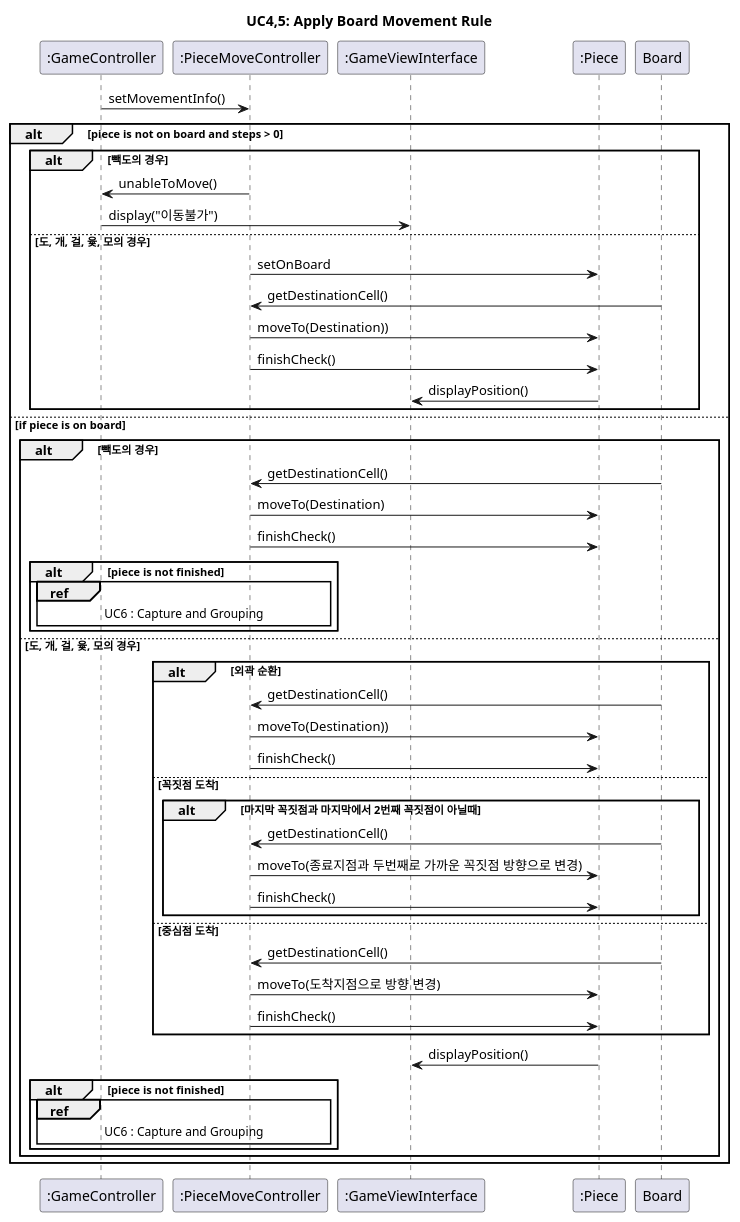
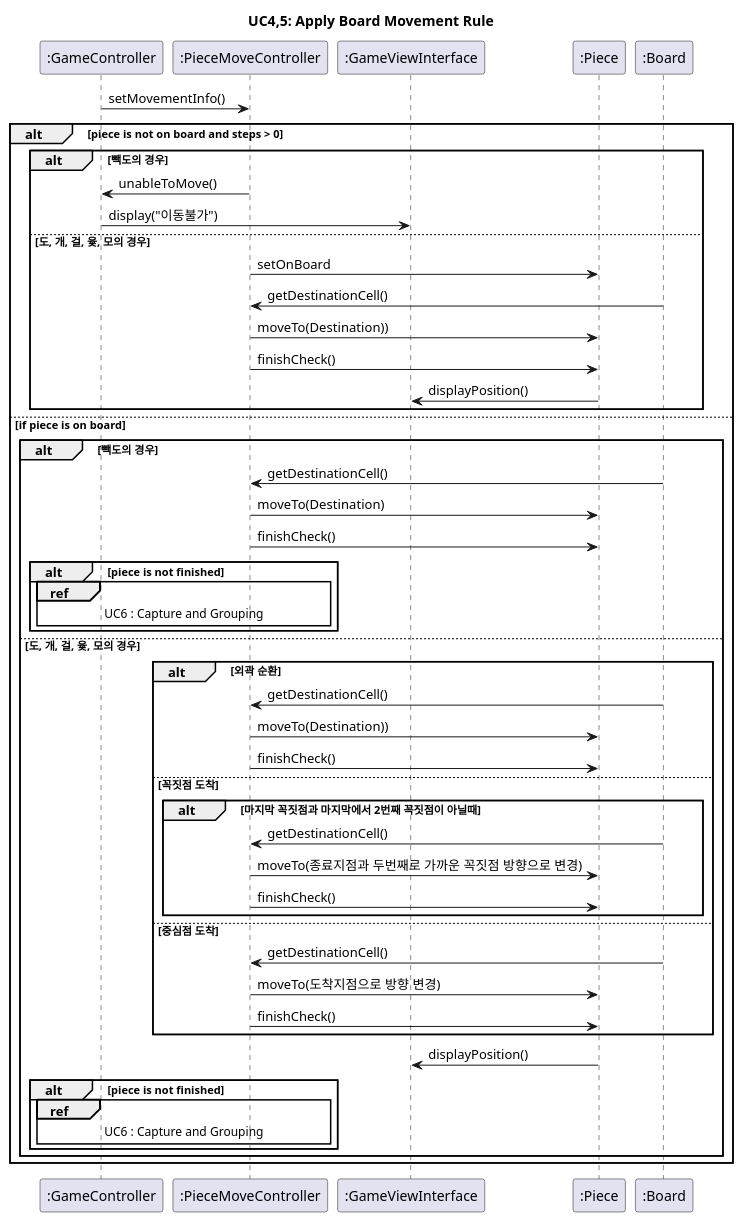
The diagram in UC4,5.puml (jack0928/SE-Term-Project-2025), drawn with PlantUML before and after one commit. The commit also changed 1 other file, not shown here.

```diff
--- a/UC4,5.puml
+++ b/UC4,5.puml
@@ -1,63 +1,63 @@
 @startuml
 title UC4,5: Apply Board Movement Rule
 
 
 participant ":GameController" as GameController
 participant ":PieceMoveController" as PieceMoveController
 participant ":GameViewInterface" as GameViewInterface
 participant ":Piece" as Piece
-participant Board as Board
+participant “:Board” as Board
 
 ' 여기도 마찬가지, Board가 딱히 쓰이지 않음. 이것도 재검토 필요.
 
 
 GameController -> PieceMoveController : setMovementInfo()
 
 alt piece is not on board and steps > 0
 	alt 빽도의 경우
     	PieceMoveController -> GameController : unableToMove()
     	GameController -> GameViewInterface : display("이동불가")
     else 도, 개, 걸, 윷, 모의 경우
     	PieceMoveController -> Piece : setOnBoard
     	Board -> PieceMoveController : getDestinationCell()
         PieceMoveController -> Piece : moveTo(Destination))
         PieceMoveController -> Piece : finishCheck()
         Piece -> GameViewInterface : displayPosition()
     end alt
 
 else if piece is on board
     alt 빽도의 경우
         	Board -> PieceMoveController : getDestinationCell()
             PieceMoveController -> Piece : moveTo(Destination)
             PieceMoveController -> Piece : finishCheck()
             alt piece is not finished
                 ref over GameController, PieceMoveController
                 	UC6 : Capture and Grouping
                 end ref
             end
     else 도, 개, 걸, 윷, 모의 경우
     	alt 외곽 순환
     	    Board -> PieceMoveController : getDestinationCell()
         	PieceMoveController -> Piece : moveTo(Destination))
         	PieceMoveController -> Piece : finishCheck()
         else 꼭짓점 도착
         	alt 마지막 꼭짓점과 마지막에서 2번째 꼭짓점이 아닐때
         	    Board -> PieceMoveController : getDestinationCell()
         		PieceMoveController -> Piece : moveTo(종료지점과 두번째로 가까운 꼭짓점 방향으로 변경)
         		PieceMoveController -> Piece : finishCheck()
         	end alt
        	else 중심점 도착
            	Board -> PieceMoveController : getDestinationCell()
        		PieceMoveController -> Piece : moveTo(도착지점으로 방향 변경)
        		PieceMoveController -> Piece : finishCheck()
         end alt
         Piece -> GameViewInterface : displayPosition()
         alt piece is not finished
             ref over GameController, PieceMoveController
             	UC6 : Capture and Grouping
             end ref
         end
     end
 end
 
 @enduml
```
